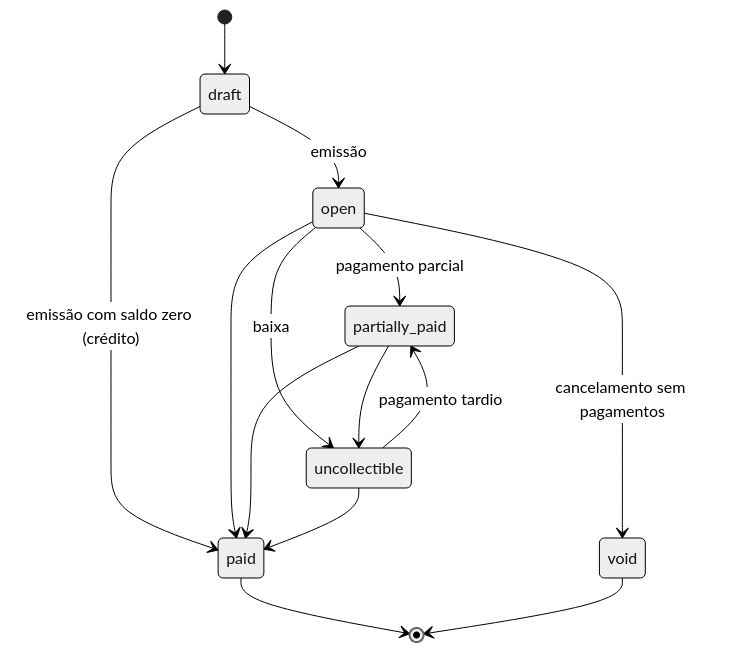
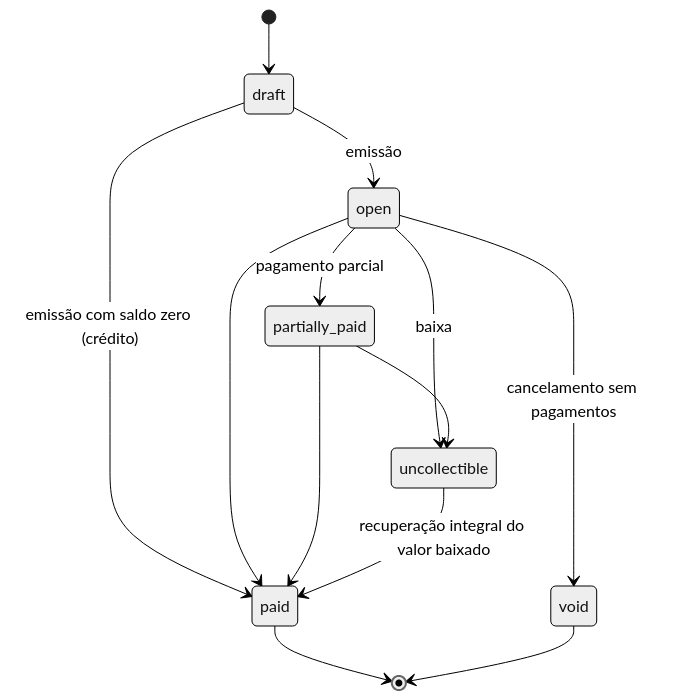
One commit to ricartefelipe/recorvia changed the second of 4 diagrams in docs/arquitetura/maquinas-de-estado.md. Above: the diagram before and after it, drawn with Mermaid (neutral theme). The commit also changed other lines of this file and 1 other file, not shown here.

````diff
--- a/docs/arquitetura/maquinas-de-estado.md
+++ b/docs/arquitetura/maquinas-de-estado.md
@@ -32,16 +34,15 @@
 ```mermaid
 stateDiagram-v2
   [*] --> draft
   draft --> open: emissão
   draft --> paid: emissão com saldo zero (crédito)
   open --> partially_paid: pagamento parcial
   open --> paid
   partially_paid --> paid
   open --> void: cancelamento sem pagamentos
   open --> uncollectible: baixa
   partially_paid --> uncollectible
-  uncollectible --> partially_paid: pagamento tardio
-  uncollectible --> paid
+  uncollectible --> paid: recuperação integral do valor baixado
   paid --> [*]
   void --> [*]
 ```
````
